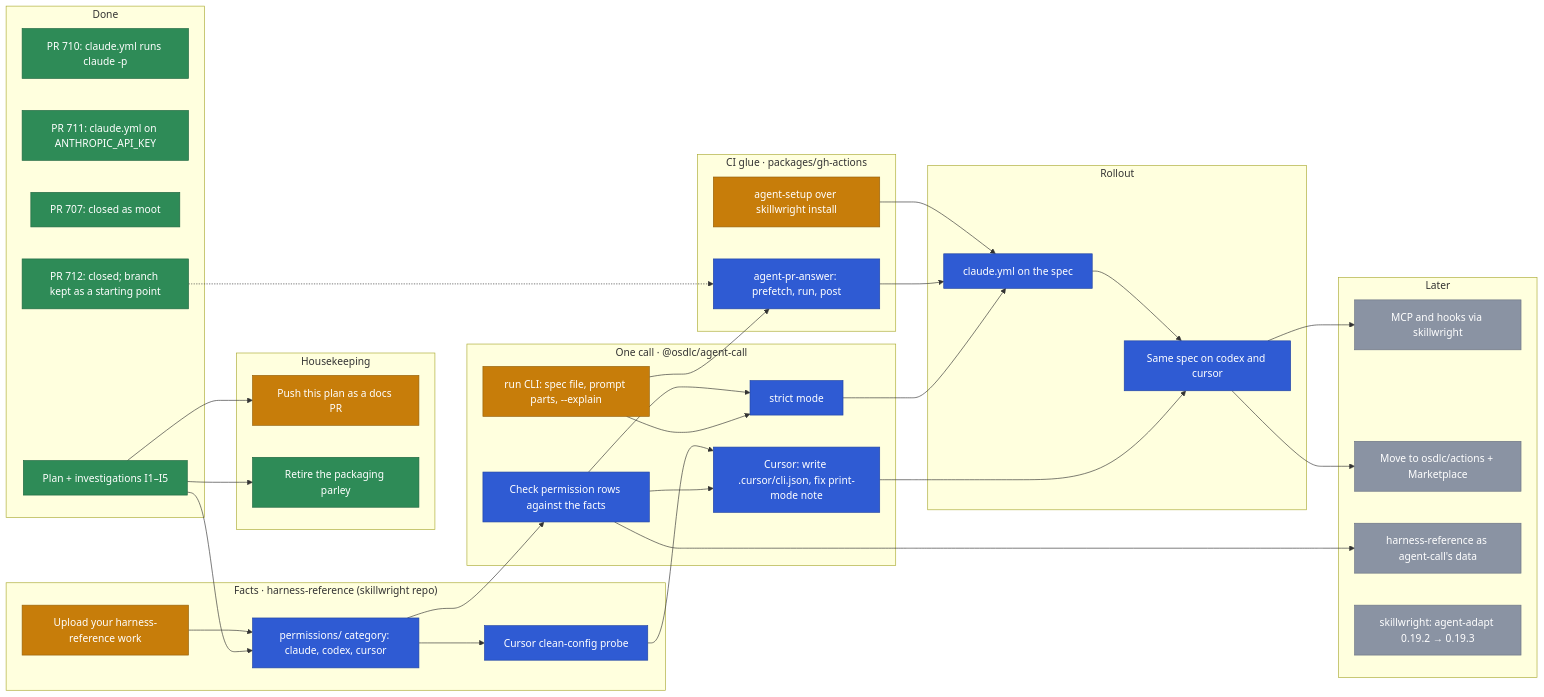
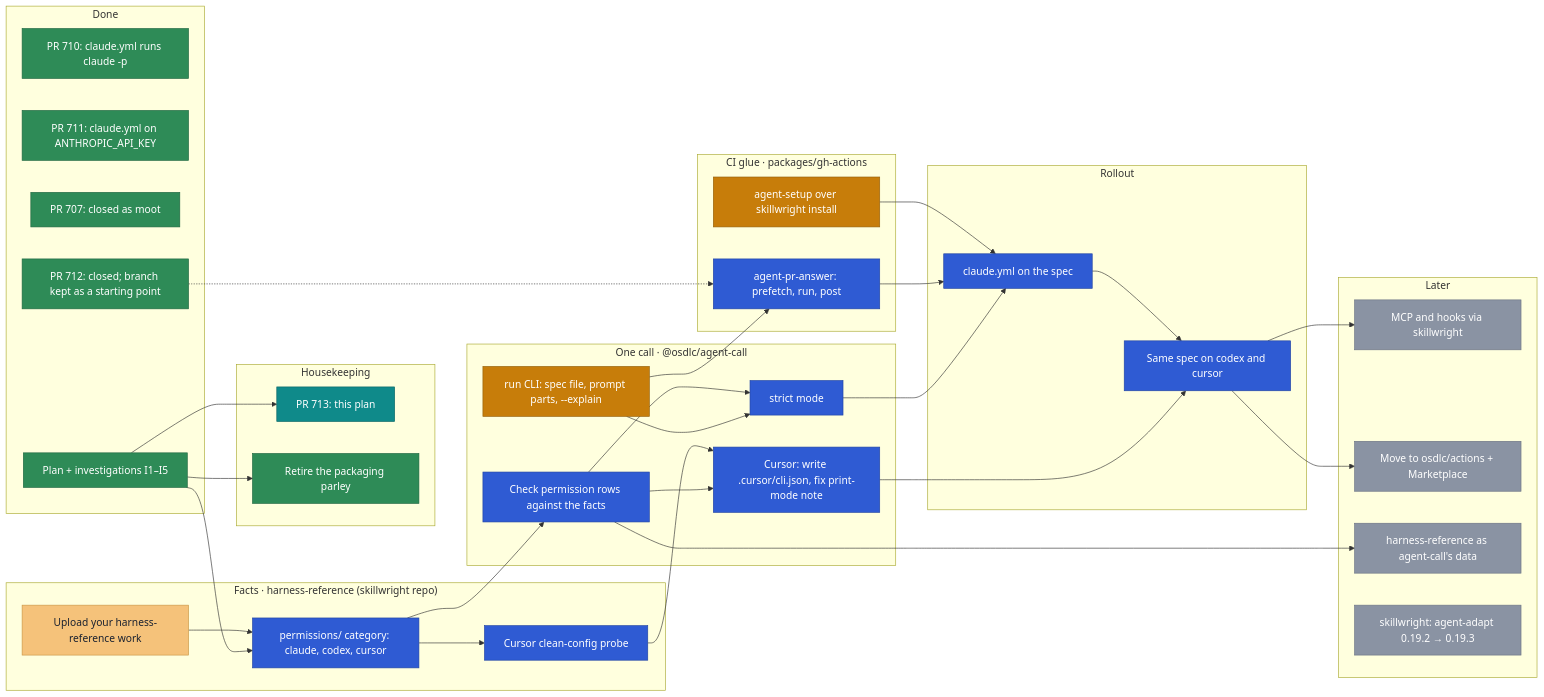
The diagram in docs/planning/agent-ci.md (osdlc/osdlc), drawn with Mermaid before and after one commit. The commit also changed other lines of this file, not shown here.

Commit message:
docs(planning): separate blocked-on-me, blocked-external and in-progress-by-me colours

````diff
--- a/docs/planning/agent-ci.md
+++ b/docs/planning/agent-ci.md
@@ -28,72 +39,76 @@
 ```mermaid
 flowchart LR
   subgraph done["Done"]
     W710["PR 710: claude.yml runs claude -p"]
     P711["PR 711: claude.yml on ANTHROPIC_API_KEY"]
     P707["PR 707: closed as moot"]
     P712["PR 712: closed; branch kept as a starting point"]
     PLAN["Plan + investigations I1–I5"]
   end
   subgraph house["Housekeeping"]
-    PLANPR["Push this plan as a docs PR"]
+    PLANPR["PR 713: this plan"]
     PARLEY["Retire the packaging parley"]
   end
   subgraph facts["Facts · harness-reference (skillwright repo)"]
     UP["Upload your harness-reference work"]
     PERM["permissions/ category: claude, codex, cursor"]
     PROBE["Cursor clean-config probe"]
   end
   subgraph call["One call · @osdlc/agent-call"]
     RUN["run CLI: spec file, prompt parts, --explain"]
     CHECK["Check permission rows against the facts"]
     STRICT["strict mode"]
     CUR["Cursor: write .cursor/cli.json, fix print-mode note"]
   end
   subgraph acts["CI glue · packages/gh-actions"]
     SETUP["agent-setup over skillwright install"]
     ANS["agent-pr-answer: prefetch, run, post"]
   end
   subgraph roll["Rollout"]
     SPEC["claude.yml on the spec"]
     MULTI["Same spec on codex and cursor"]
   end
   subgraph later["Later"]
     MCP["MCP and hooks via skillwright"]
     PUB["Move to osdlc/actions + Marketplace"]
     DATA["harness-reference as agent-call's data"]
     PIN["skillwright: agent-adapt 0.19.2 → 0.19.3"]
   end
 
   PLAN --> PLANPR
   PLAN --> PARLEY
   UP --> PERM
   PLAN --> PERM
   PERM --> PROBE
   PERM --> CHECK
   CHECK --> STRICT
   RUN --> STRICT
   PROBE --> CUR
   CHECK --> CUR
   P712 -.-> ANS
   RUN --> ANS
   SETUP --> SPEC
   ANS --> SPEC
   STRICT --> SPEC
   SPEC --> MULTI
   CUR --> MULTI
   MULTI --> MCP
   MULTI --> PUB
   CHECK --> DATA
 
   classDef done fill:#2e8b57,stroke:#1f6640,color:#ffffff
   classDef review fill:#0f8a8a,stroke:#0a6666,color:#ffffff
   classDef ready fill:#7a4fc2,stroke:#5a3596,color:#ffffff
   classDef blocked fill:#c0392b,stroke:#8e2a20,color:#ffffff
+  classDef external fill:#e88fb4,stroke:#b8628a,color:#1b2230
   classDef active fill:#c77d0a,stroke:#94600a,color:#ffffff
+  classDef yours fill:#f5c27a,stroke:#c99545,color:#1b2230
   classDef next fill:#2f5bd3,stroke:#2144a3,color:#ffffff
   classDef later fill:#8a93a3,stroke:#6b7384,color:#ffffff
   class W710,P711,P707,P712,PLAN,PARLEY done
-  class UP,PLANPR,RUN,SETUP active
+  class UP yours
+  class PLANPR review
+  class RUN,SETUP active
   class PERM,PROBE,CHECK,STRICT,CUR,ANS,SPEC,MULTI next
   class MCP,PUB,DATA,PIN later
 ```
````
